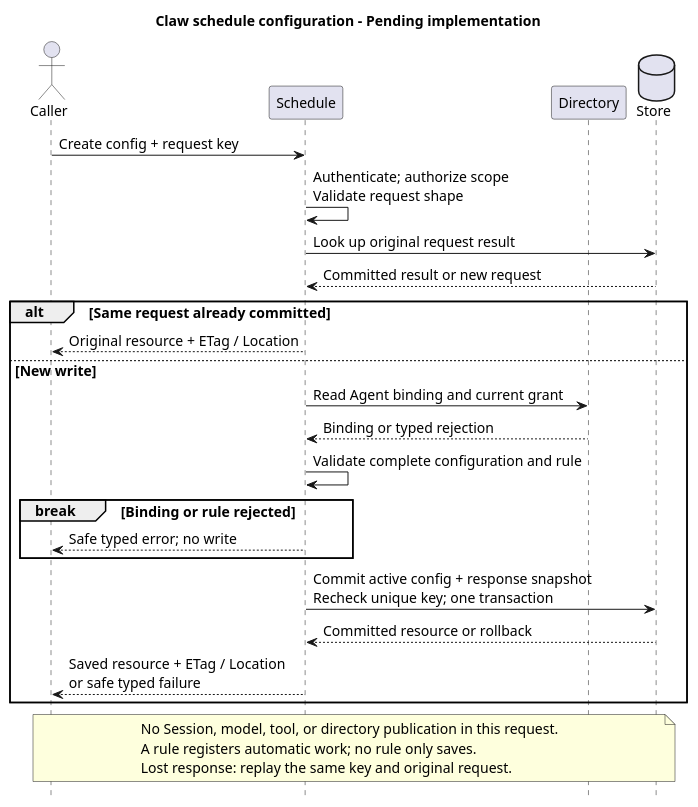
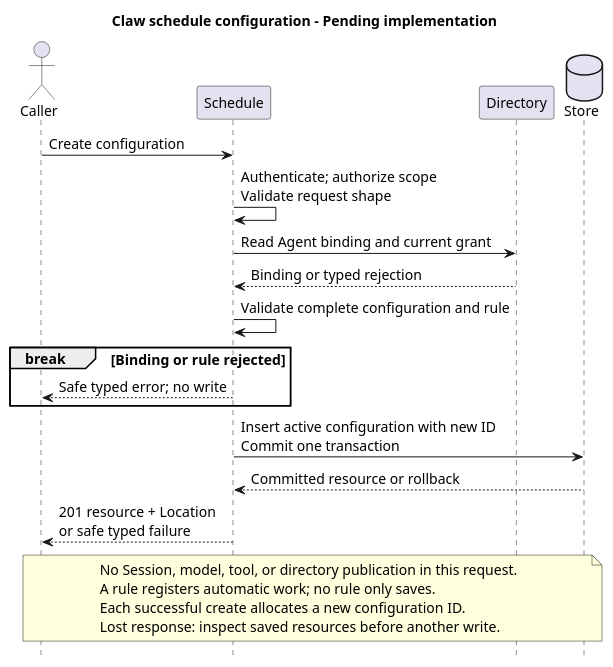
One commit to ssm0808/pi-mono-java-design changed the third of 3 diagrams in 01-总体架构/08-CampusClaw定时任务/diagram.puml. Above: the diagram before and after it, drawn with PlantUML. The commit also changed other lines of this file and 58 other files, not shown here.

```diff
--- a/01-总体架构/08-CampusClaw定时任务/diagram.puml
+++ b/01-总体架构/08-CampusClaw定时任务/diagram.puml
@@ -130,38 +130,33 @@
 @startuml schedule_configuration_save
 ' Target: Pending implementation; Claw configuration request, no in-request execution.
 ' Evidence: pi-mono-java 553dcd5e2ff682f9684810a043b442b37a02e54a
 ' modules/cron/src/main/java/com/campusclaw/cron/CronService.java createJob
 ' modules/cron/src/main/java/com/campusclaw/cron/store/CronStore.java saveUnsafe
 ' modules/coding-agent-cli/src/main/java/com/campusclaw/codingagent/runtime/AgentRuntimeManager.java prepare
-' Design reason: one Claw contract, durable replay, read-only binding checks.
+' Design reason: durable independent creation and read-only binding checks.
 title Claw schedule configuration - Pending implementation
 skinparam backgroundColor white
 skinparam defaultFontSize 14
 hide footbox
 actor Caller
 participant Schedule
 participant Directory
 database Store
-Caller -> Schedule : Create config + request key
+Caller -> Schedule : Create configuration
 Schedule -> Schedule : Authenticate; authorize scope\nValidate request shape
-Schedule -> Store : Look up original request result
-Store --> Schedule : Committed result or new request
-alt Same request already committed
-  Schedule --> Caller : Original resource + ETag / Location
-else New write
-  Schedule -> Directory : Read Agent binding and current grant
-  Directory --> Schedule : Binding or typed rejection
-  Schedule -> Schedule : Validate complete configuration and rule
-  break Binding or rule rejected
-    Schedule --> Caller : Safe typed error; no write
-  end
-  Schedule -> Store : Commit active config + response snapshot\nRecheck unique key; one transaction
-  Store --> Schedule : Committed resource or rollback
-  Schedule --> Caller : Saved resource + ETag / Location\nor safe typed failure
+Schedule -> Directory : Read Agent binding and current grant
+Directory --> Schedule : Binding or typed rejection
+Schedule -> Schedule : Validate complete configuration and rule
+break Binding or rule rejected
+  Schedule --> Caller : Safe typed error; no write
 end
+Schedule -> Store : Insert active configuration with new ID\nCommit one transaction
+Store --> Schedule : Committed resource or rollback
+Schedule --> Caller : 201 resource + Location\nor safe typed failure
 note over Caller, Store
   No Session, model, tool, or directory publication in this request.
   A rule registers automatic work; no rule only saves.
-  Lost response: replay the same key and original request.
+  Each successful create allocates a new configuration ID.
+  Lost response: inspect saved resources before another write.
 end note
 @enduml
```
